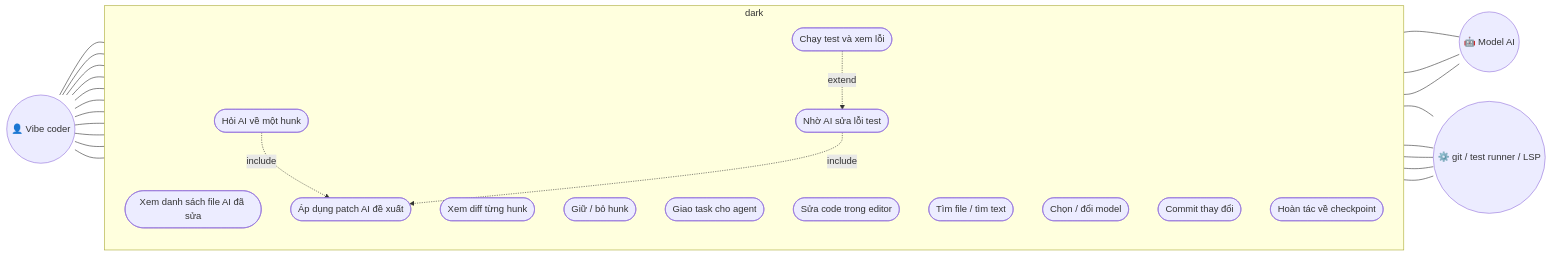
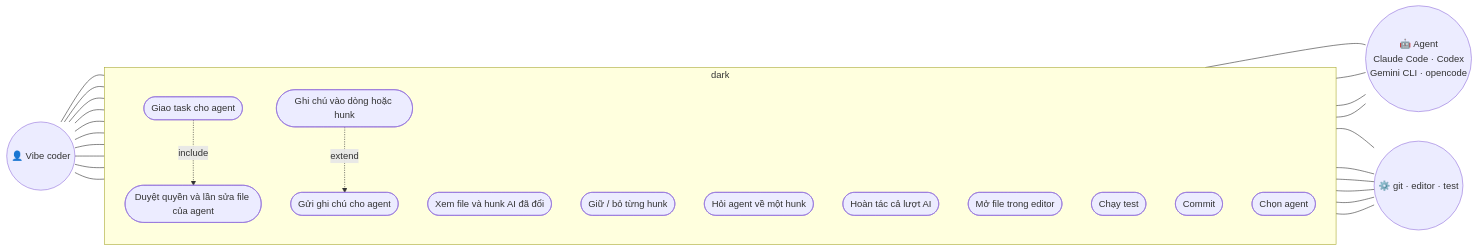
The diagram in docs/FEATURES.md (lhnhidev/dark), drawn with Mermaid before and after one commit. The commit also changed other lines of this file and 7 other files, not shown here.

Commit message:
docs: redefine product scope and roadmap

````diff
--- a/docs/FEATURES.md
+++ b/docs/FEATURES.md
@@ -16,38 +30,36 @@
 ```mermaid
 flowchart LR
     U(("👤 Vibe coder"))
-    AI(("🤖 Model AI"))
-    SYS(("⚙️ git / test runner / LSP"))
+    AG(("🤖 Agent<br/>Claude Code · Codex<br/>Gemini CLI · opencode"))
+    SYS(("⚙️ git · editor · test"))
 
     subgraph DARK["dark"]
         direction TB
-        UC1([Xem danh sách file AI đã sửa])
-        UC2([Xem diff từng hunk])
-        UC3([Giữ / bỏ hunk])
-        UC4([Hỏi AI về một hunk])
-        UC5([Áp dụng patch AI đề xuất])
-        UC6([Giao task cho agent])
-        UC7([Sửa code trong editor])
-        UC8([Tìm file / tìm text])
-        UC9([Chạy test và xem lỗi])
-        UC10([Nhờ AI sửa lỗi test])
-        UC11([Chọn / đổi model])
-        UC12([Commit thay đổi])
-        UC13([Hoàn tác về checkpoint])
+        UC1([Giao task cho agent])
+        UC2([Duyệt quyền và lần sửa file của agent])
+        UC3([Xem file và hunk AI đã đổi])
+        UC4([Giữ / bỏ từng hunk])
+        UC5([Ghi chú vào dòng hoặc hunk])
+        UC6([Gửi ghi chú cho agent])
+        UC7([Hỏi agent về một hunk])
+        UC8([Hoàn tác cả lượt AI])
+        UC9([Mở file trong editor])
+        UC10([Chạy test])
+        UC11([Commit])
+        UC12([Chọn agent])
     end
 
-    U --- UC1 & UC2 & UC3 & UC4 & UC6 & UC7 & UC8 & UC9 & UC11 & UC12 & UC13
-    UC4 -. include .-> UC5
-    UC9 -. extend .-> UC10
-    UC10 -. include .-> UC5
-
-    UC4 --- AI
-    UC6 --- AI
-    UC10 --- AI
-
-    UC1 --- SYS
+    U --- UC1 & UC3 & UC4 & UC5 & UC7 & UC8 & UC9 & UC10 & UC11 & UC12
+    UC1 -. include .-> UC2
+    UC5 -. extend .-> UC6
+    UC1 --- AG
+    UC2 --- AG
+    UC6 --- AG
+    UC7 --- AG
     UC3 --- SYS
+    UC4 --- SYS
+    UC8 --- SYS
     UC9 --- SYS
-    UC12 --- SYS
-    UC13 --- SYS
+    UC10 --- SYS
+    UC11 --- SYS
 ```
````
